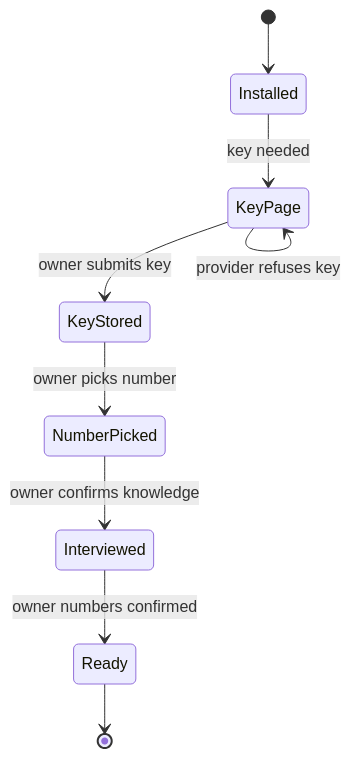
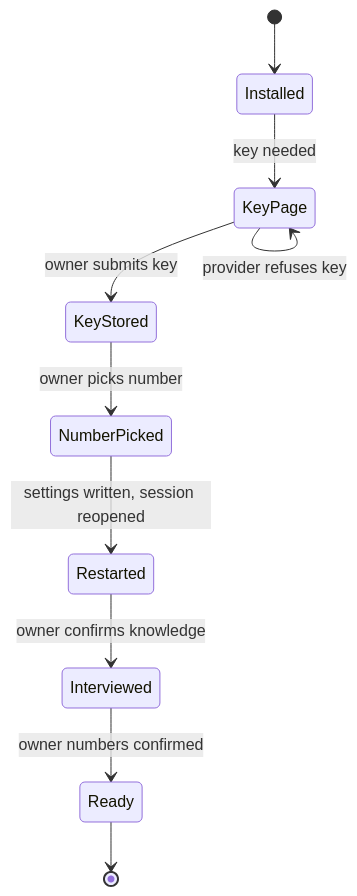
Before and after one commit to antonygiomarxdev/deputy: the diagram in docs/setup/frd/FRD-05-pilot-setup.md, drawn with Mermaid. The commit also changed other lines of this file and 13 other files, not shown here.

````diff
--- a/docs/setup/frd/FRD-05-pilot-setup.md
+++ b/docs/setup/frd/FRD-05-pilot-setup.md
@@ -94,11 +99,12 @@
 ```mermaid
 stateDiagram-v2
   [*] --> Installed
   Installed --> KeyPage: key needed
   KeyPage --> KeyPage: provider refuses key
   KeyPage --> KeyStored: owner submits key
   KeyStored --> NumberPicked: owner picks number
-  NumberPicked --> Interviewed: owner confirms knowledge
+  NumberPicked --> Restarted: settings written, session reopened
+  Restarted --> Interviewed: owner confirms knowledge
   Interviewed --> Ready: owner numbers confirmed
   Ready --> [*]
 ```
````
